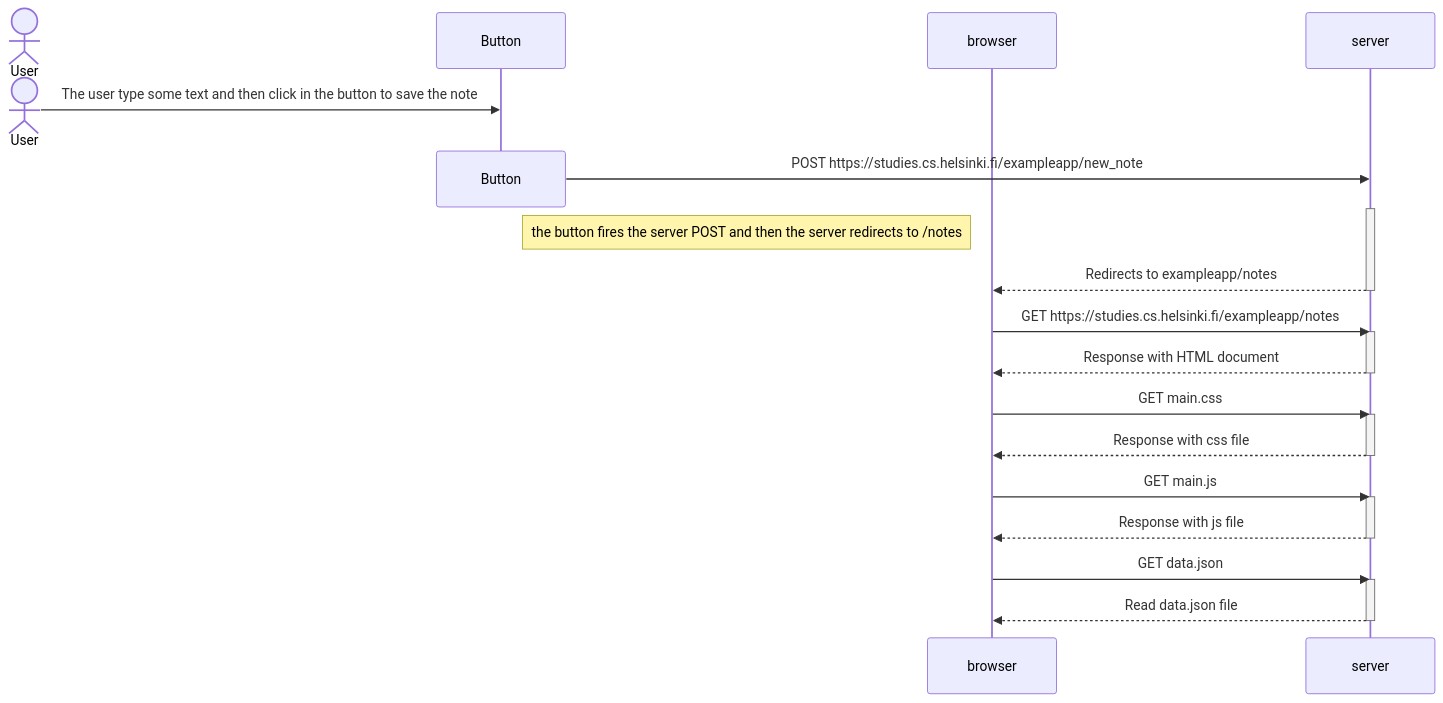
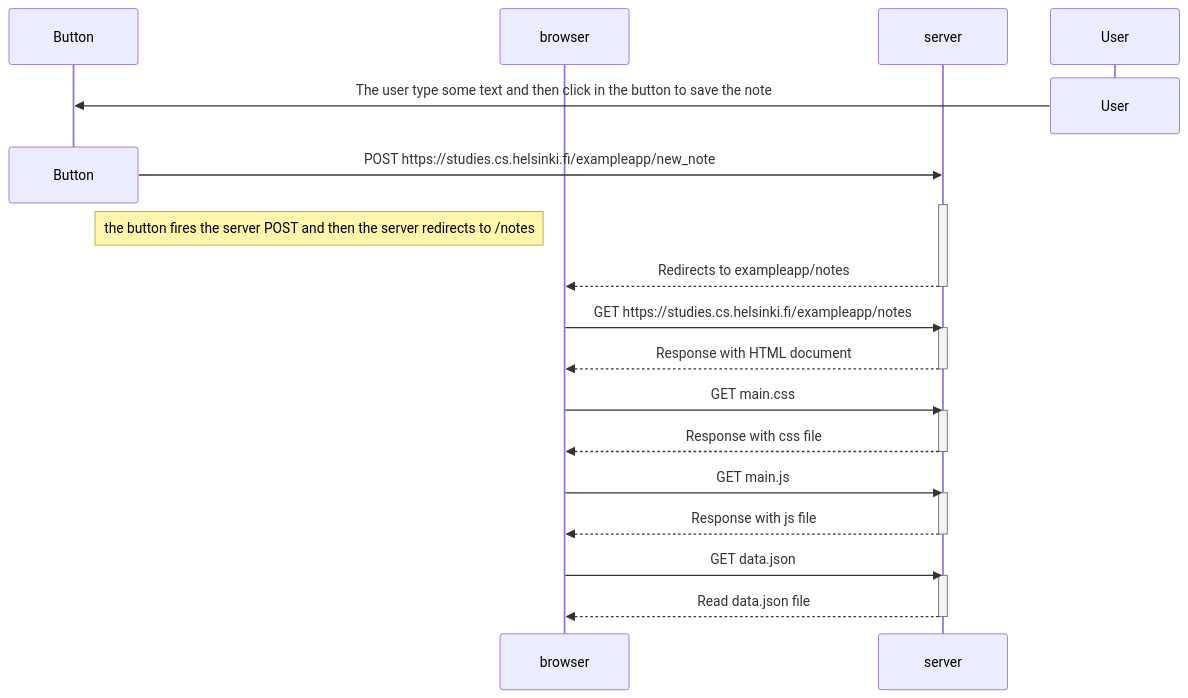
One commit to LucasMontecino/fullstackopen changed the diagram in part0/0.4.md. Above: the diagram before and after it, drawn with Mermaid.

Commit message:
Remove User actor from sequence diagram

````diff
--- a/part0/0.4.md
+++ b/part0/0.4.md
@@ -1,40 +1,39 @@
 ```mermaid
     sequenceDiagram
-    actor User
     participant Button
     participant browser
     participant server
 
     destroy User
     User->>Button: The user type some text and then click in the button to save the note
 
     destroy Button
     Button->>server: POST https://studies.cs.helsinki.fi/exampleapp/new_note
     activate server
     Note right of Button: the button fires the server POST and then the server redirects to /notes
     server-->>browser: Redirects to exampleapp/notes
     deactivate server
 
     browser->>server: GET https://studies.cs.helsinki.fi/exampleapp/notes
     activate server
     server-->>browser: Response with HTML document
     deactivate server
 
     browser->>server: GET main.css
     activate server
     server-->>browser: Response with css file
     deactivate server
 
     browser->>server: GET main.js
     activate server
     server-->>browser: Response with js file
     deactivate server
 
     browser->>server: GET data.json
     activate server
     server-->>browser: Read data.json file
     deactivate server
 
 
 
 ```
````
